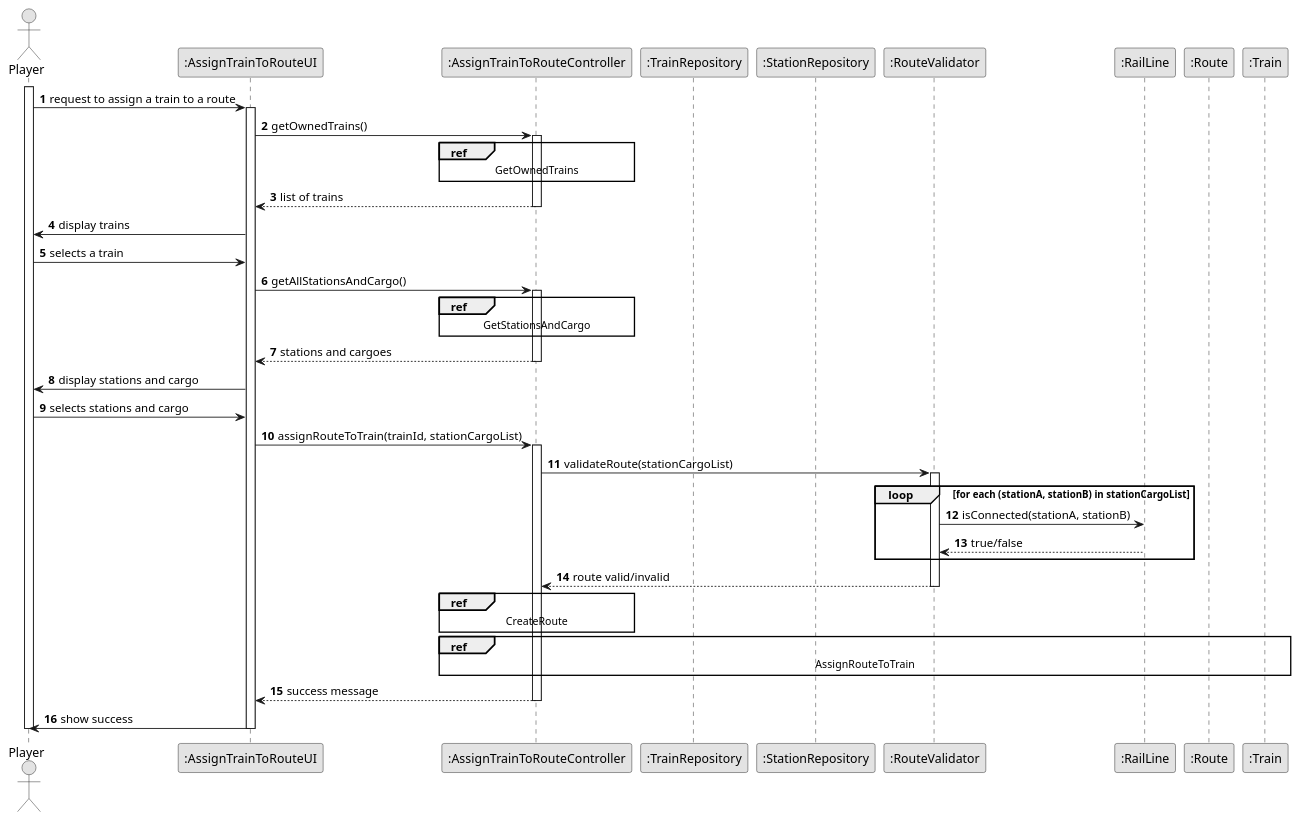
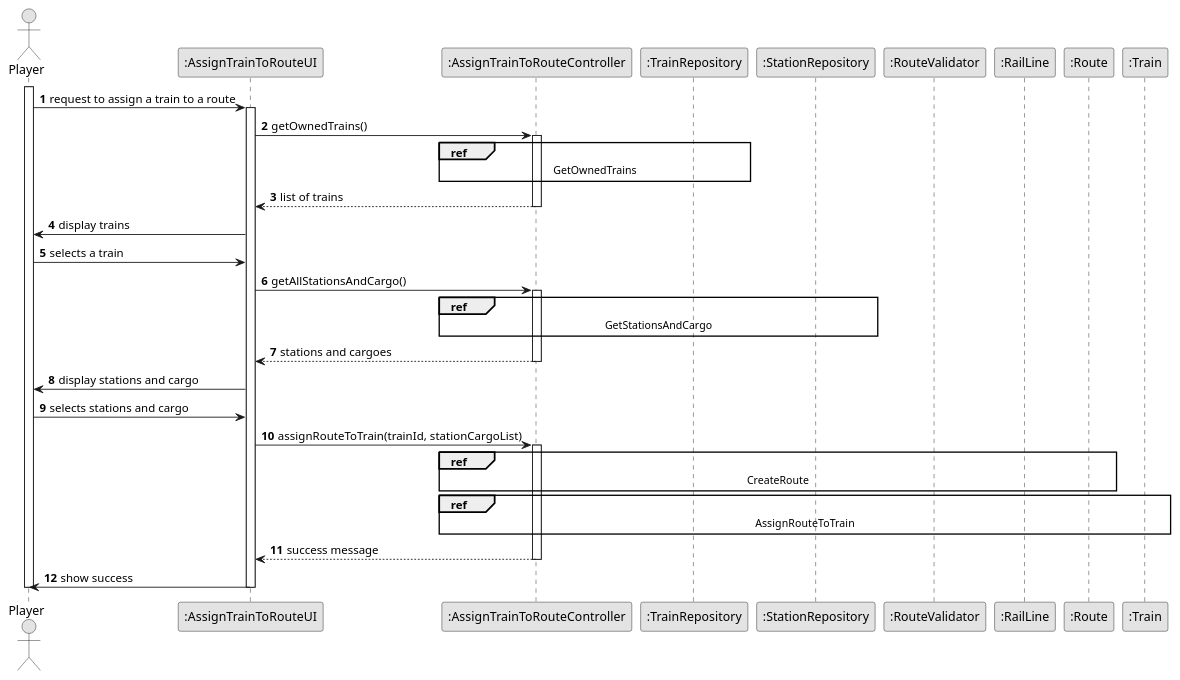
Before and after one commit to 1240826/empire-on-tracks: the diagram in docs/system-documentation/US010/03.design/puml/US010-SD-split.puml, drawn with PlantUML. The commit also changed 24 other files, not shown here.

```diff
--- a/docs/system-documentation/US010/03.design/puml/US010-SD-split.puml
+++ b/docs/system-documentation/US010/03.design/puml/US010-SD-split.puml
@@ -1,78 +1,66 @@
 @startuml
 skinparam monochrome true
 skinparam packageStyle rectangle
 skinparam shadowing false
 
 autonumber
 
 actor Player
 participant ":AssignTrainToRouteUI" as UI
 participant ":AssignTrainToRouteController" as Controller
 participant ":TrainRepository" as TrainRepo
 participant ":StationRepository" as StationRepo
 participant ":RouteValidator" as RouteValidator
 participant ":RailLine" as RailLine
 participant ":Route" as Route
 participant ":Train" as Train
 
 activate Player
 Player -> UI : request to assign a train to a route
 activate UI
 
 UI -> Controller : getOwnedTrains()
 activate Controller
 
-ref over Controller
+ref over Controller, TrainRepo
     GetOwnedTrains
 end ref
 
 Controller --> UI : list of trains
 deactivate Controller
 
 UI -> Player : display trains
 Player -> UI : selects a train
 
 UI -> Controller : getAllStationsAndCargo()
 activate Controller
 
-ref over Controller
+ref over Controller, StationRepo
     GetStationsAndCargo
 end ref
 
 Controller --> UI : stations and cargoes
 deactivate Controller
 
 UI -> Player : display stations and cargo
 Player -> UI : selects stations and cargo
 
 UI -> Controller : assignRouteToTrain(trainId, stationCargoList)
 activate Controller
 
-Controller -> RouteValidator : validateRoute(stationCargoList)
-activate RouteValidator
 
-loop for each (stationA, stationB) in stationCargoList
-    RouteValidator -> RailLine : isConnected(stationA, stationB)
-    RailLine --> RouteValidator : true/false
-end
-
-RouteValidator --> Controller : route valid/invalid
-deactivate RouteValidator
-'==== End validation logic ====
-
-'==== Now, the actual creation of the route is a high-level ref block ====
-ref over Controller
+ref over Controller, Route
     CreateRoute
 end ref
 
 ref over Controller, TrainRepo, Train
     AssignRouteToTrain
 end ref
 
 Controller --> UI : success message
 deactivate Controller
 UI -> Player : show success
 
 deactivate UI
 deactivate Player
 @enduml
```
